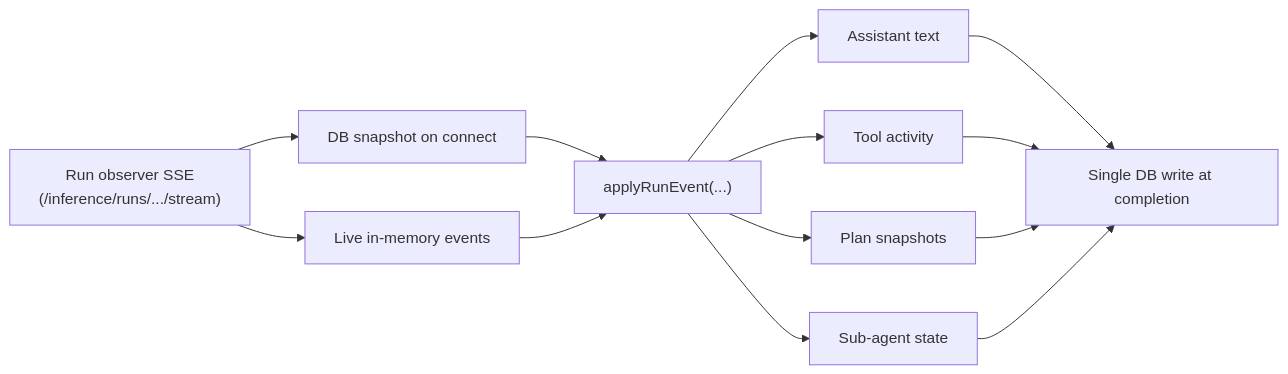
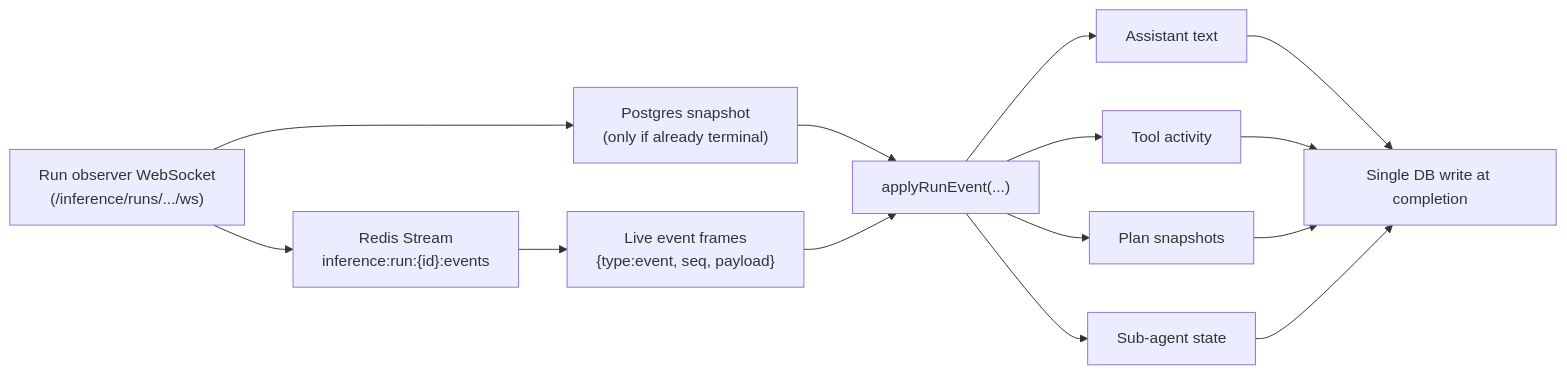
One commit to konstantinosmpouros/mAgenticX changed the fifth of 9 diagrams in README.md. Above: the diagram before and after it, drawn with Mermaid. The commit also changed other lines of this file and 26 other files, not shown here.

Commit message:
Migrate inference streaming to WebSocket + Redis

````diff
--- a/README.md
+++ b/README.md
@@ -167,25 +173,27 @@
 ```mermaid
 flowchart LR
-    Observer["Run observer SSE\n(/inference/runs/.../stream)"]
-    Snapshot["DB snapshot on connect"]
-    Live["Live in-memory events"]
+    Observer["Run observer WebSocket\n(/inference/runs/.../ws)"]
+    Redis["Redis Stream\ninference:run:{id}:events"]
+    Snapshot["Postgres snapshot\n(only if already terminal)"]
+    Live["Live event frames\n{type:event, seq, payload}"]
     Parse["applyRunEvent(...)"]
     Text["Assistant text"]
     Tools["Tool activity"]
     Plan["Plan snapshots"]
     Sub["Sub-agent state"]
     Persist["Single DB write at completion"]
 
     Observer --> Snapshot
-    Observer --> Live
+    Observer --> Redis
+    Redis --> Live
     Snapshot --> Parse
     Live --> Parse
     Parse --> Text
     Parse --> Tools
     Parse --> Plan
     Parse --> Sub
     Text --> Persist
     Tools --> Persist
     Plan --> Persist
     Sub --> Persist
 ```
````
